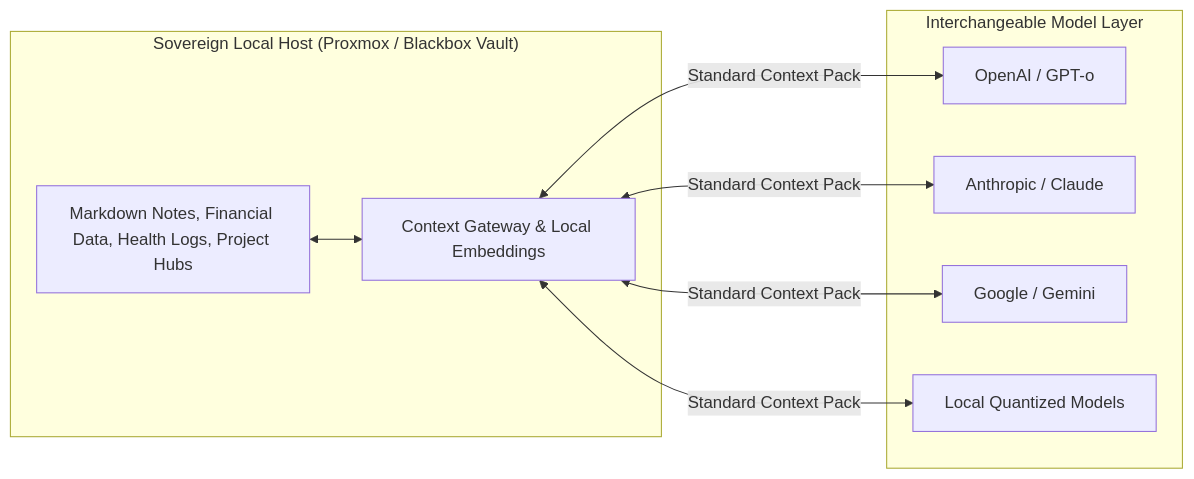
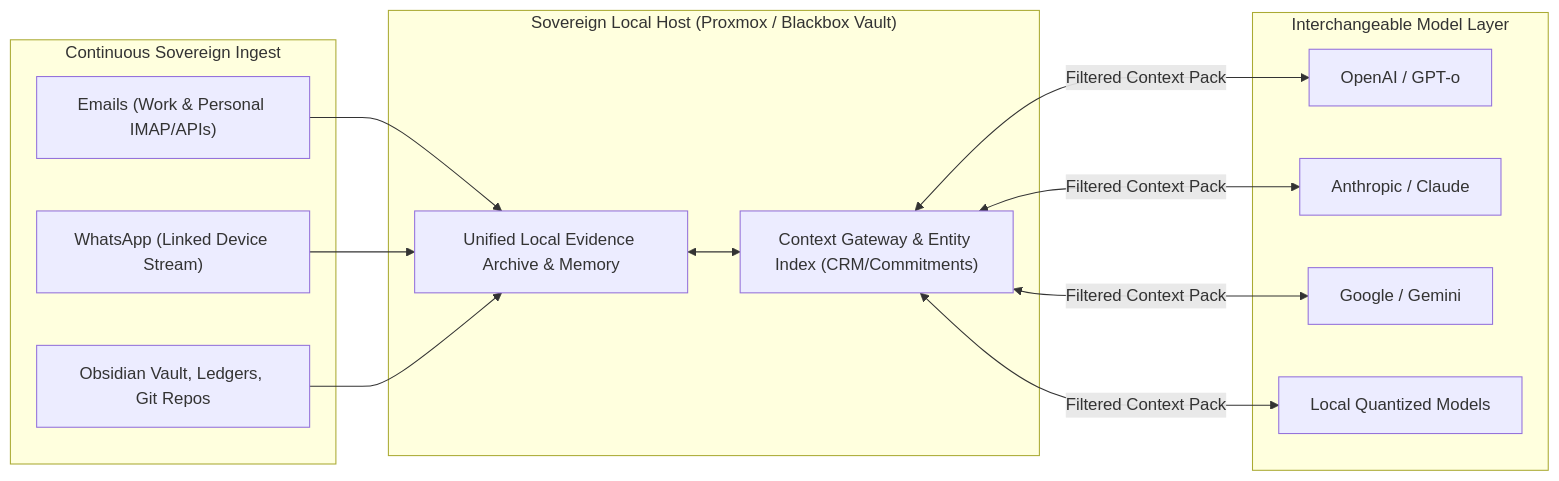
One commit to iniTwakkie/astro-portfolio changed the second of 2 diagrams in src/content/blog/2026_09_the_coming_inference_wars.md. Above: the diagram before and after it, drawn with Mermaid. The commit also changed other lines of this file, not shown here.

Commit message:
Add continuous email and WhatsApp ingestion context to Inference Wars post

````diff
--- a/src/content/blog/2026_09_the_coming_inference_wars.md
+++ b/src/content/blog/2026_09_the_coming_inference_wars.md
@@ -94,20 +96,30 @@
 ```mermaid
 flowchart LR
+    subgraph Ingestion["Continuous Sovereign Ingest"]
+        EM["Emails (Work & Personal IMAP/APIs)"]
+        WA["WhatsApp (Linked Device Stream)"]
+        FS["Obsidian Vault, Ledgers, Git Repos"]
+    end
+
     subgraph Sovereign["Sovereign Local Host (Proxmox / Blackbox Vault)"]
-        Data["Markdown Notes, Financial Data, Health Logs, Project Hubs"]
-        GW["Context Gateway & Local Embeddings"]
+        Data["Unified Local Evidence Archive & Memory"]
+        GW["Context Gateway & Entity Index (CRM/Commitments)"]
         Data <--> GW
     end
-    
+
     subgraph Interchangeable["Interchangeable Model Layer"]
         OAI["OpenAI / GPT-o"]
         ANT["Anthropic / Claude"]
         GOO["Google / Gemini"]
         LOC["Local Quantized Models"]
     end
     
-    GW <-->|Standard Context Pack| OAI
-    GW <-->|Standard Context Pack| ANT
-    GW <-->|Standard Context Pack| GOO
-    GW <-->|Standard Context Pack| LOC
+    EM --> Data
+    WA --> Data
+    FS --> Data
+
+    GW <-->|Filtered Context Pack| OAI
+    GW <-->|Filtered Context Pack| ANT
+    GW <-->|Filtered Context Pack| GOO
+    GW <-->|Filtered Context Pack| LOC
 ```
````
